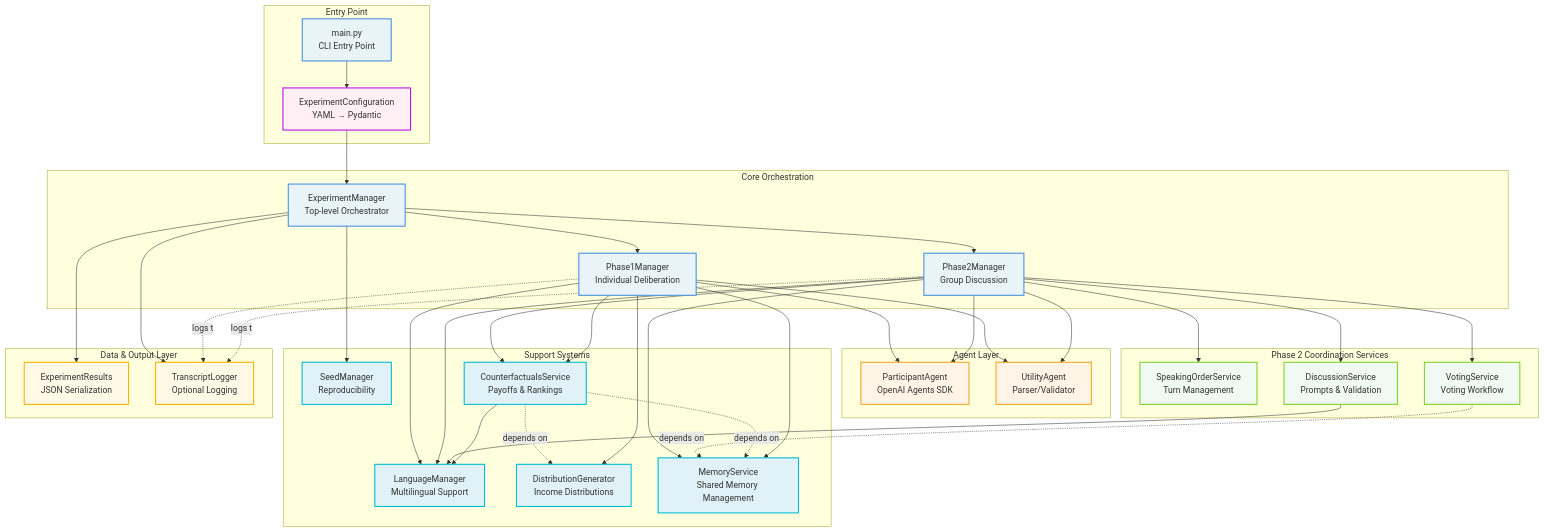
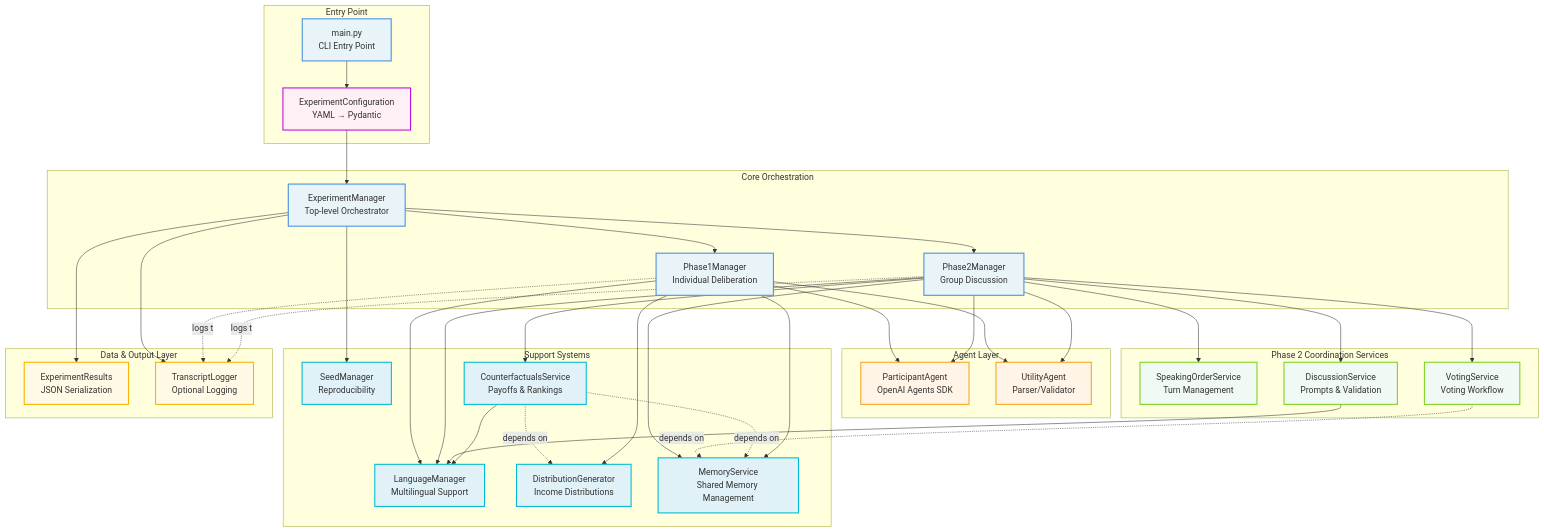
The first of 4 diagrams in TECHNICAL_ARCHITECTURE.md (Lucas-Mueller/Master-Thesis-Lucas-Mueller), drawn with Mermaid before and after one commit. The commit also changed other lines of this file, not shown here.

```diff
--- a/TECHNICAL_ARCHITECTURE.md
+++ b/TECHNICAL_ARCHITECTURE.md
@@ -101,7 +101,6 @@
     CS --> LM
 
     P1M --> DG
-    P1M --> CS
     EM --> SM
 
     EM --> Results
```
